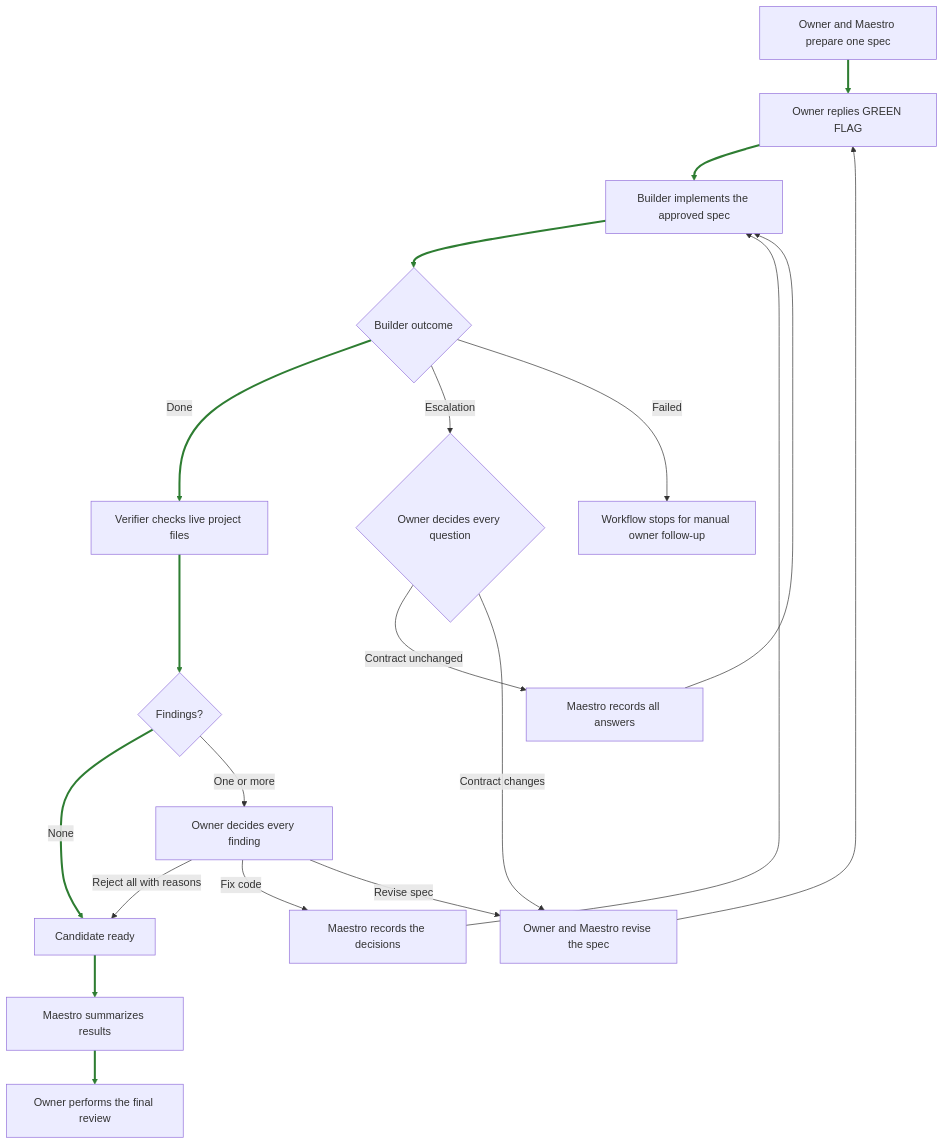
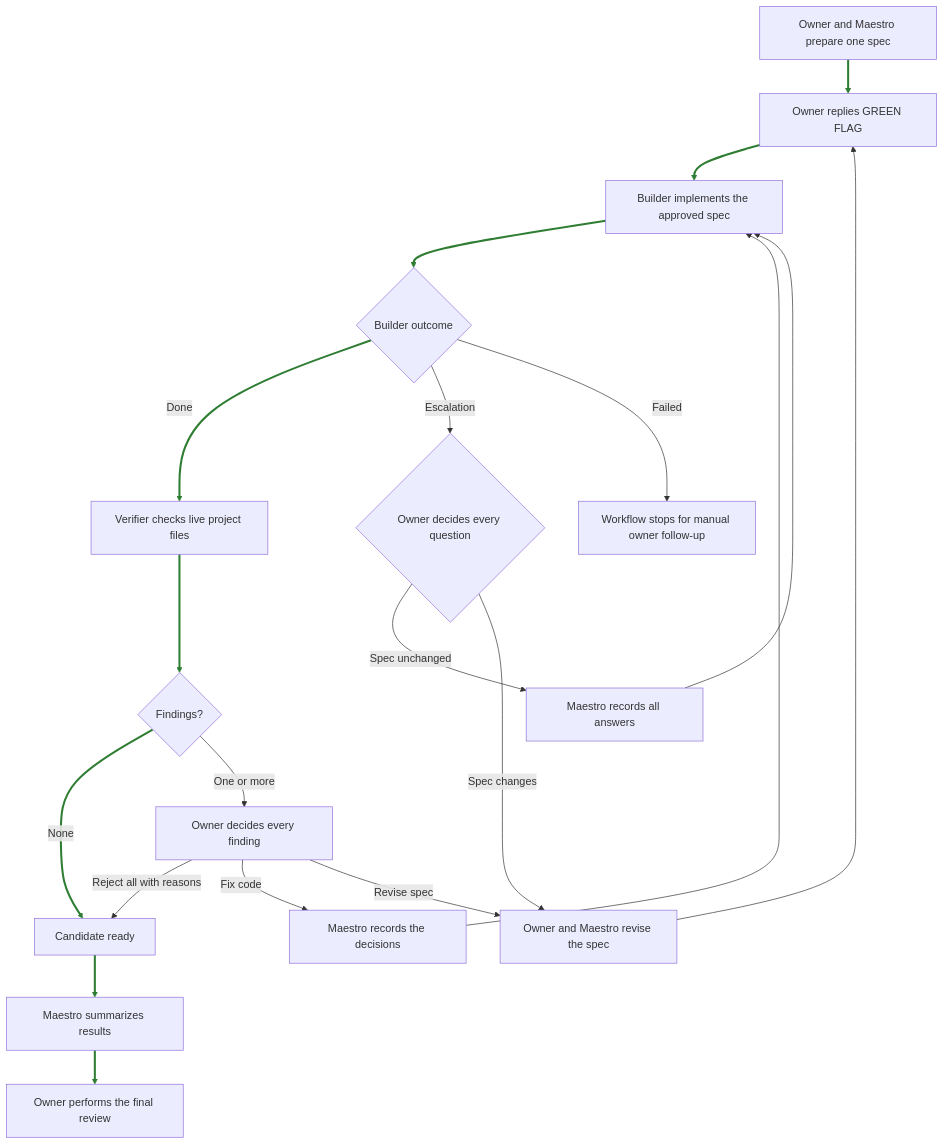
Before and after one commit to emilioSp/pi-maestro: the diagram in docs/workflow.md, drawn with Mermaid. The commit also changed other lines of this file and 10 other files, not shown here.

````diff
--- a/docs/workflow.md
+++ b/docs/workflow.md
@@ -31,38 +31,38 @@
 ```mermaid
 flowchart TD
     spec[Owner and Maestro prepare one spec]
     approval[Owner replies GREEN FLAG]
     build[Builder implements the approved spec]
     buildOutcome{Builder outcome}
     verify[Verifier checks live project files]
     findings{Findings?}
     candidate[Candidate ready]
     summary[Maestro summarizes results]
     review[Owner performs the final review]
 
     spec --> approval
     approval --> build
     build --> buildOutcome
     buildOutcome -->|Done| verify
     verify --> findings
     findings -->|None| candidate
 
     buildOutcome -->|Escalation| ownerEscalation{Owner decides every question}
-    ownerEscalation -->|Contract unchanged| recordEscalation[Maestro records all answers]
+    ownerEscalation -->|Spec unchanged| recordEscalation[Maestro records all answers]
     recordEscalation --> build
-    ownerEscalation -->|Contract changes| reviseSpec[Owner and Maestro revise the spec]
+    ownerEscalation -->|Spec changes| reviseSpec[Owner and Maestro revise the spec]
     reviseSpec --> approval
 
     buildOutcome -->|Failed| stopped[Workflow stops for manual owner follow-up]
 
     findings -->|One or more| ownerFindings[Owner decides every finding]
     ownerFindings -->|Reject all with reasons| candidate
     ownerFindings -->|Fix code| recordFixes[Maestro records the decisions]
     recordFixes --> build
     ownerFindings -->|Revise spec| reviseSpec
 
     candidate --> summary
     summary --> review
 
     linkStyle 0,1,2,3,4,5,17,18 stroke:#2e7d32,stroke-width:3px
 ```
````
